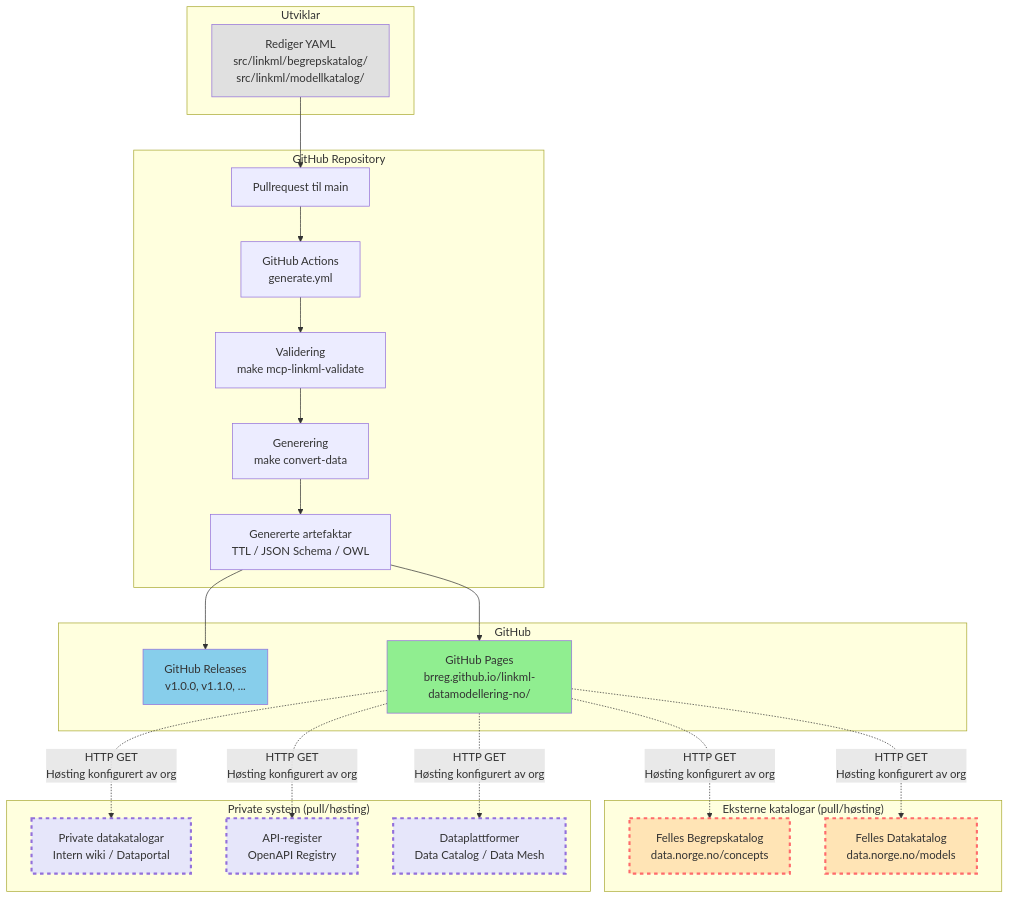
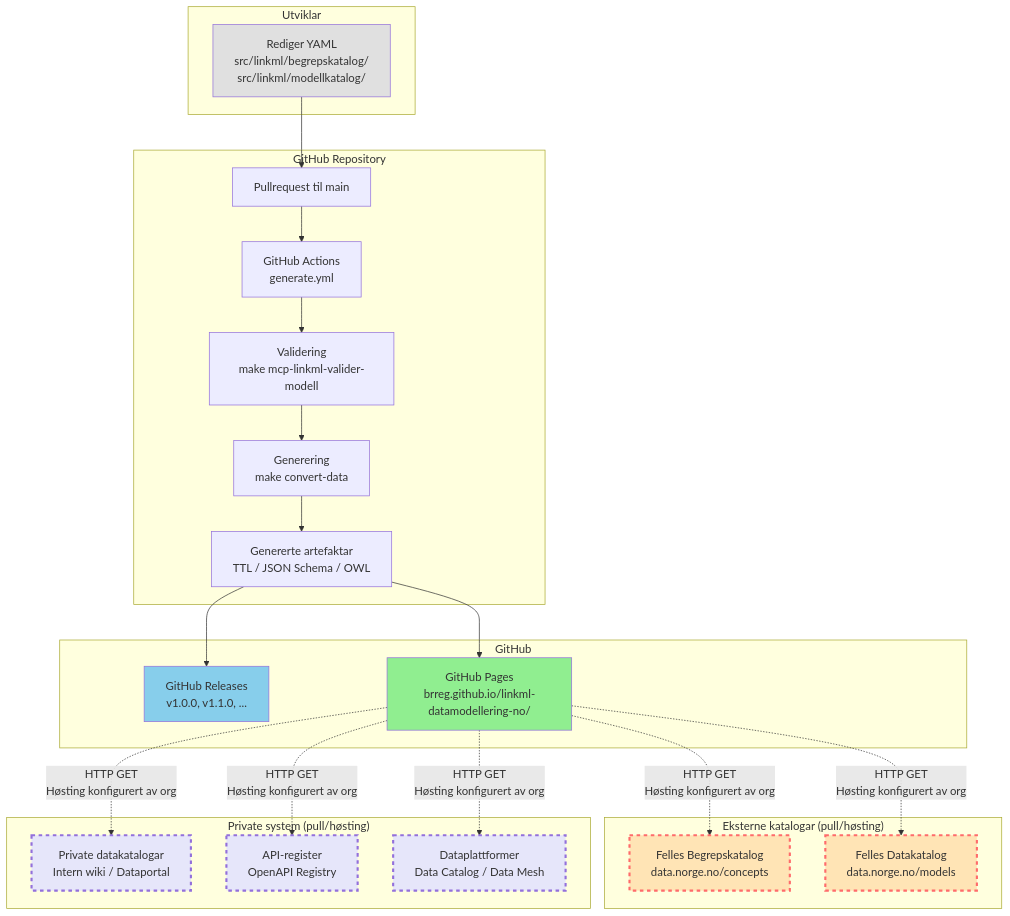
Before and after one commit to brreg/linkml-datamodellering-no: the first of 3 diagrams in mkdocs/docs/publisering-oversikt.md, drawn with Mermaid. The commit also changed other lines of this file and 47 other files, not shown here.

````diff
--- a/mkdocs/docs/publisering-oversikt.md
+++ b/mkdocs/docs/publisering-oversikt.md
@@ -11,52 +11,52 @@
 ```mermaid
 flowchart TB
     subgraph Utviklar
         A[Rediger YAML<br/>src/linkml/begrepskatalog/<br/>src/linkml/modellkatalog/]
     end
     
     subgraph "GitHub Repository"
         B[Pullrequest til main] --> C[GitHub Actions<br/>generate.yml]
-        C --> D[Validering<br/>make mcp-linkml-validate]
+        C --> D[Validering<br/>make mcp-linkml-valider-modell]
         D --> E[Generering<br/>make convert-data]
         E --> F[Genererte artefaktar<br/>TTL / JSON Schema / OWL]
     end
     
     subgraph GitHub
         F --> H[GitHub Releases<br/>v1.0.0, v1.1.0, ...]
         F --> G[GitHub Pages<br/>brreg.github.io/linkml-datamodellering-no/]
         
     end
     
     subgraph "Eksterne katalogar (pull/høsting)"
         I[Felles Begrepskatalog<br/>data.norge.no/concepts]
         J[Felles Datakatalog<br/>data.norge.no/models]
     end
     
     subgraph "Private system (pull/høsting)"
         K[Private datakatalogar<br/>Intern wiki / Dataportal]
         L[API-register<br/>OpenAPI Registry]
         M[Dataplattformer<br/>Data Catalog / Data Mesh]
     end
     
     G -.->|HTTP GET<br/>Høsting konfigurert av org| I
     G -.->|HTTP GET<br/>Høsting konfigurert av org| J
     G -.->|HTTP GET<br/>Høsting konfigurert av org| K
     G -.->|HTTP GET<br/>Høsting konfigurert av org| L
     G -.->|HTTP GET<br/>Høsting konfigurert av org| M
     
     A --> B
     
     style A fill:#E0E0E0
     style G fill:#90EE90
     style H fill:#87CEEB
     style I fill:#FFE4B5
     style J fill:#FFE4B5
     style K fill:#E6E6FA
     style L fill:#E6E6FA
     style M fill:#E6E6FA
     
     classDef external stroke:#FF6B6B,stroke-width:3px,stroke-dasharray: 5 5
     classDef private stroke:#9370DB,stroke-width:3px,stroke-dasharray: 5 5
     class I,J external
     class K,L,M private
 ```
````
